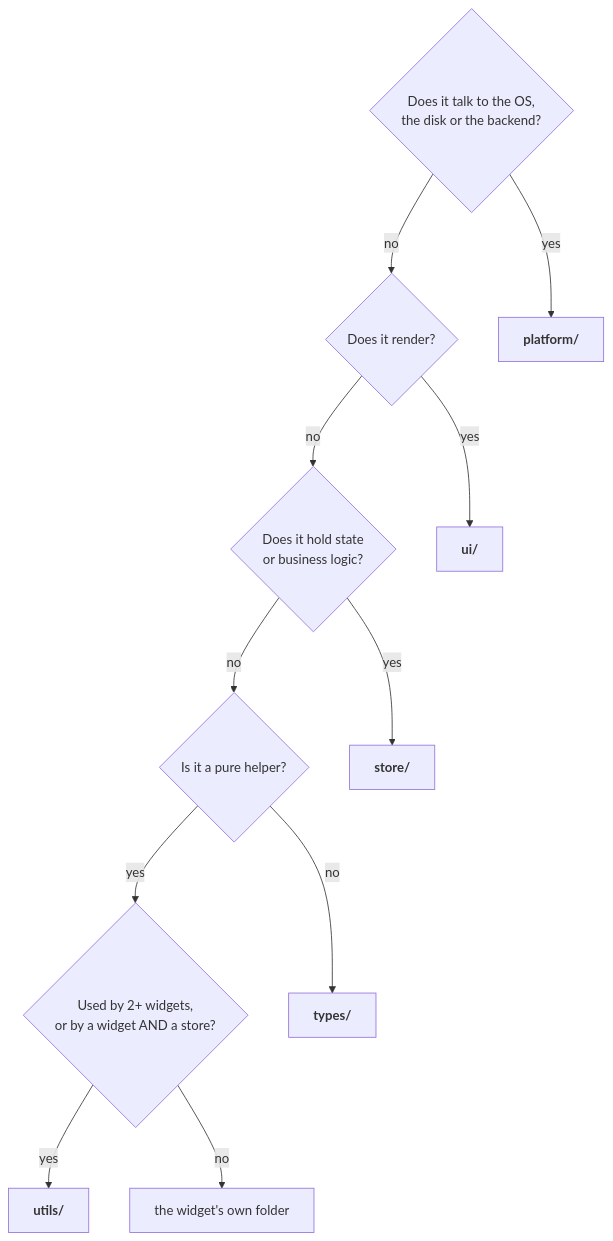
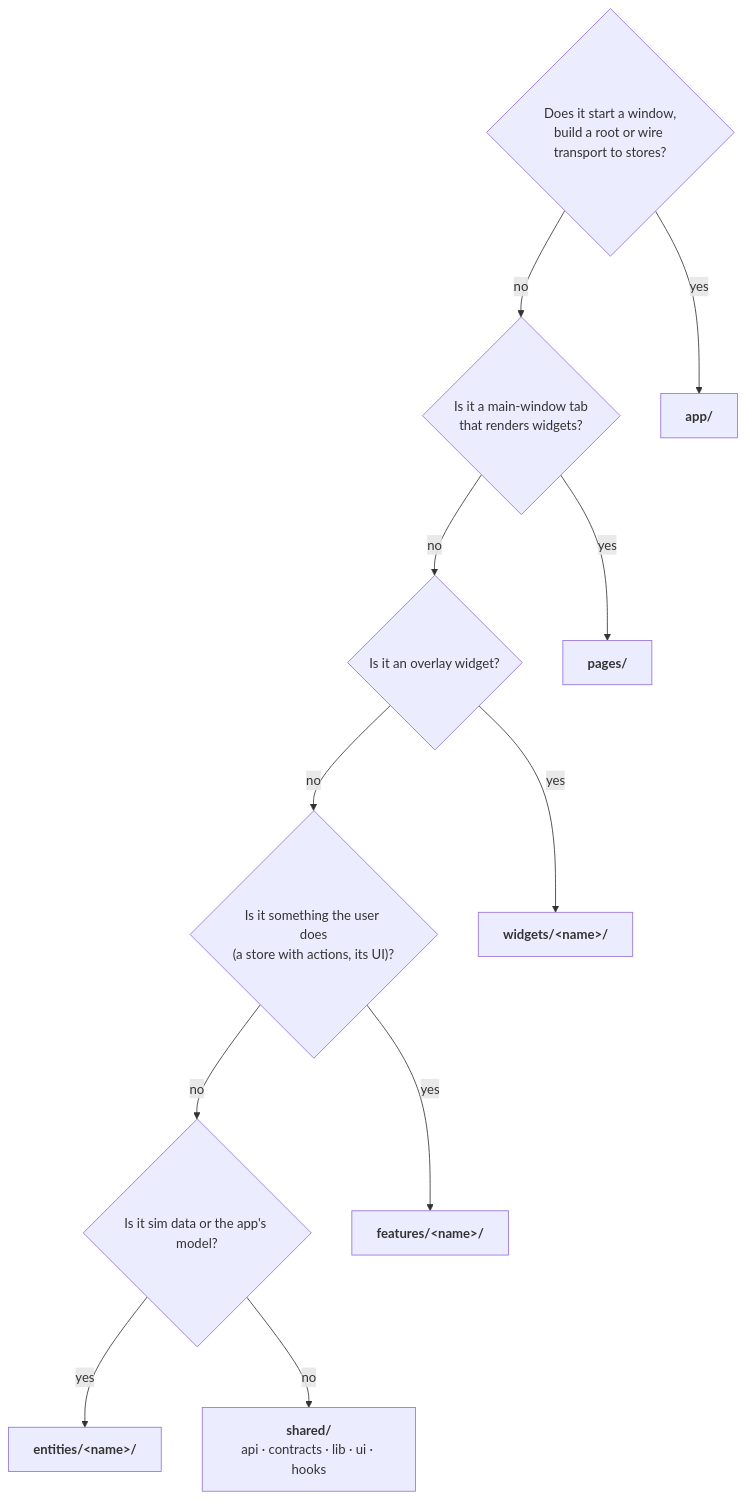
Before and after one commit to mvoof/Marble-Trace: diagram 22 of 22 in docs/architecture.md, drawn with Mermaid. The commit also changed other lines of this file and 1582 other files, not shown here.

````diff
--- a/docs/architecture.md
+++ b/docs/architecture.md
@@ -1671,26 +1755,26 @@
 ```mermaid
 flowchart TB
-    Q1{"Does it talk to the OS,<br/>the disk or the backend?"}
-    Q2{"Does it render?"}
-    Q3{"Does it hold state<br/>or business logic?"}
-    Q4{"Is it a pure helper?"}
-    Q5{"Used by 2+ widgets,<br/>or by a widget AND a store?"}
+    Q1{"Does it start a window,<br/>build a root or wire transport to stores?"}
+    Q2{"Is it a main-window tab<br/>that renders widgets?"}
+    Q3{"Is it an overlay widget?"}
+    Q4{"Is it something the user does<br/>(a store with actions, its UI)?"}
+    Q5{"Is it sim data or the app's model?"}
 
-    P["<b>platform/</b>"]
-    U["<b>ui/</b>"]
-    S["<b>store/</b>"]
-    UT["<b>utils/</b>"]
-    W["the widget's own folder"]
-    T["<b>types/</b>"]
+    A["<b>app/</b>"]
+    P["<b>pages/</b>"]
+    W["<b>widgets/&lt;name&gt;/</b>"]
+    F["<b>features/&lt;name&gt;/</b>"]
+    E["<b>entities/&lt;name&gt;/</b>"]
+    S["<b>shared/</b><br/>api · contracts · lib · ui · hooks"]
 
-    Q1 -->|yes| P
+    Q1 -->|yes| A
     Q1 -->|no| Q2
-    Q2 -->|yes| U
+    Q2 -->|yes| P
     Q2 -->|no| Q3
-    Q3 -->|yes| S
+    Q3 -->|yes| W
     Q3 -->|no| Q4
-    Q4 -->|yes| Q5
-    Q4 -->|no| T
-    Q5 -->|yes| UT
-    Q5 -->|no| W
+    Q4 -->|yes| F
+    Q4 -->|no| Q5
+    Q5 -->|yes| E
+    Q5 -->|no| S
 ```
````
